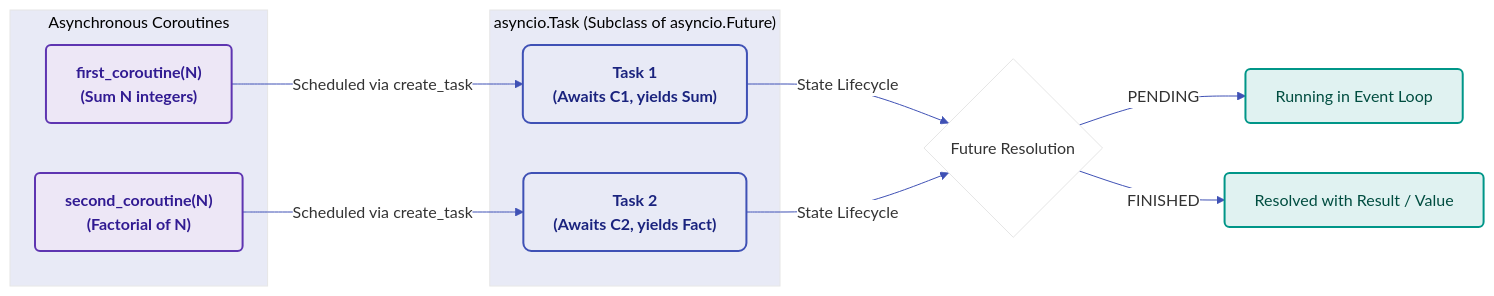
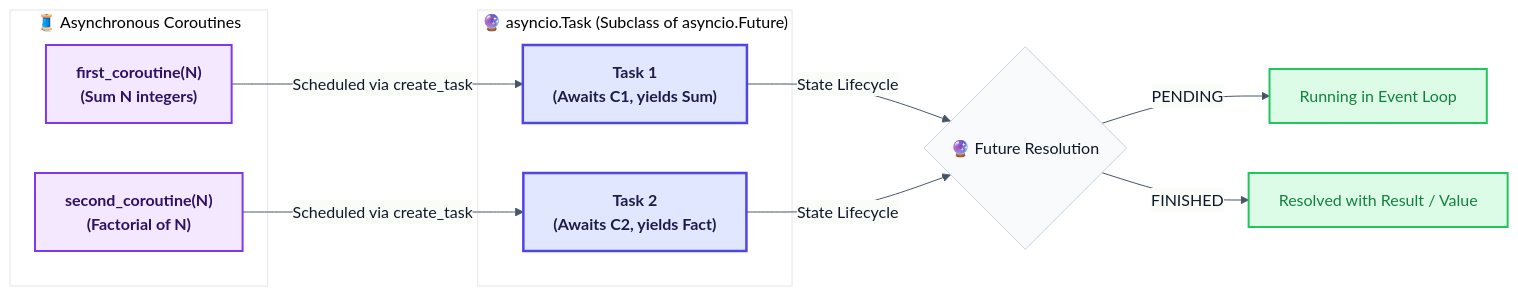
Before and after one commit to RameenAnwar/PDC-SP26-SE: the fifth of 5 diagrams in SyedMuhammadHuzaifaAshrafi-(23FA-035-SE)/Chapter05/README.md, drawn with Mermaid. The commit also changed other lines of this file and 5 other files, not shown here.

````diff
--- a/SyedMuhammadHuzaifaAshrafi-(23FA-035-SE)/Chapter05/README.md
+++ b/SyedMuhammadHuzaifaAshrafi-(23FA-035-SE)/Chapter05/README.md
@@ -572,30 +234,30 @@
 ```mermaid
-%%{init: {'theme': 'base', 'themeVariables': { 'lineColor': '#3F51B5', 'primaryColor': '#FFFFFF', 'clusterBkg':'#E8EAF6' }}}%%
+%%{init: {'theme': 'base', 'themeVariables': { 'lineColor': '#475569', 'primaryColor': '#f8fafc', 'primaryTextColor': '#0f172a', 'primaryBorderColor': '#cbd5e1' }}}%%
 flowchart LR
-    %% Futures and Tasks Relationships
-    classDef wrapper fill:#EDE7F6,stroke:#5E35B1,stroke-width:2px,color:#311B92,font-weight:bold,rx:5,ry:5
-    classDef future fill:#E8EAF6,stroke:#3F51B5,stroke-width:2px,color:#1A237E,font-weight:bold,rx:8,ry:8
-    classDef state fill:#E0F2F1,stroke:#009688,stroke-width:2px,color:#004D40,rx:5,ry:5
+    %% Premium Futures and Tasks Relationships
+    classDef wrapper fill:#f3e8ff,stroke:#7c3aed,stroke-width:2px,color:#2e1065,font-weight:bold
+    classDef future fill:#e0e7ff,stroke:#4f46e5,stroke-width:2.5px,color:#1e1b4b,font-weight:bold
+    classDef state fill:#dcfce7,stroke:#22c55e,stroke-width:2px,color:#15803d
 
-    subgraph CALLABLES ["Asynchronous Coroutines"]
-        C1["first_coroutine(N) \n (Sum N integers)"]
-        C2["second_coroutine(N) \n (Factorial of N)"]
+    subgraph CALLABLES ["🧵 Asynchronous Coroutines"]
+        C1["first_coroutine(N) <br> (Sum N integers)"]
+        C2["second_coroutine(N) <br> (Factorial of N)"]
     end
 
-    subgraph TASKS ["asyncio.Task (Subclass of asyncio.Future)"]
-        T1["Task 1 \n (Awaits C1, yields Sum)"]
-        T2["Task 2 \n (Awaits C2, yields Fact)"]
+    subgraph TASKS ["🔮 asyncio.Task (Subclass of asyncio.Future)"]
+        T1["Task 1 <br> (Awaits C1, yields Sum)"]
+        T2["Task 2 <br> (Awaits C2, yields Fact)"]
     end
 
     C1 -->|Scheduled via create_task| T1
     C2 -->|Scheduled via create_task| T2
 
-    T1 & T2 -->|State Lifecycle| FSTATE{"Future Resolution"}
+    T1 & T2 -->|State Lifecycle| FSTATE{"🔮 Future Resolution"}
     
     FSTATE -->|PENDING| S1["Running in Event Loop"]
     FSTATE -->|FINISHED| S2["Resolved with Result / Value"]
 
     class C1,C2 wrapper
     class T1,T2 future
     class S1,S2 state
 ```
````
